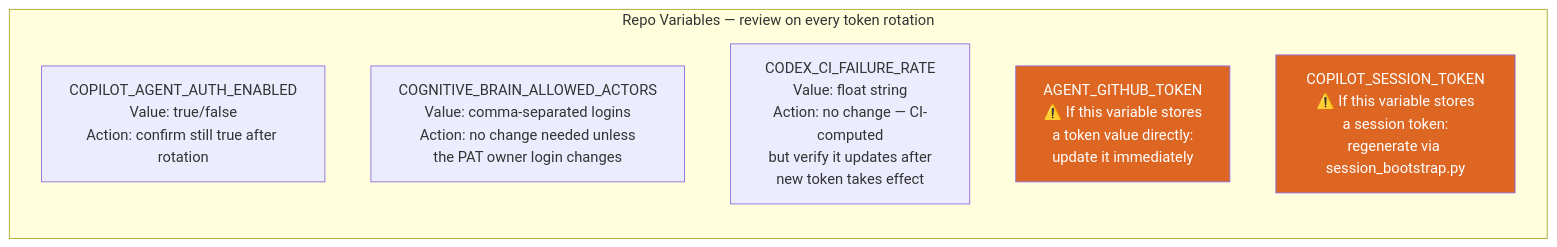
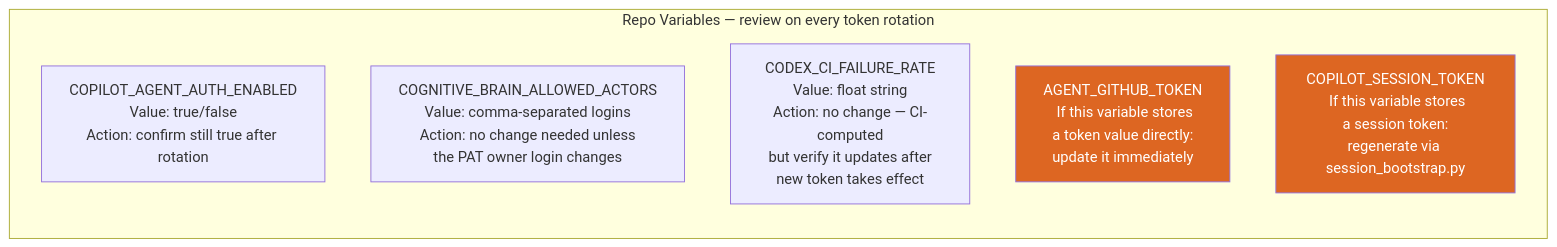
One commit to Aries-Serpent/_codex_ changed the ninth of 19 diagrams in docs/reference/ELEVATED_PRIVILEGES_TOKEN_REVIEW.md. Above: the diagram before and after it, drawn with Mermaid. The commit also changed other lines of this file and 1989 other files, not shown here.

````diff
--- a/docs/reference/ELEVATED_PRIVILEGES_TOKEN_REVIEW.md
+++ b/docs/reference/ELEVATED_PRIVILEGES_TOKEN_REVIEW.md
@@ -918,14 +918,14 @@
 ```mermaid
 %%{init: {'accessibility': {'title': 'Flowchart showing "COPILOT_AGENT_AUTH_ENABLED\nValue: true/false\nAction: confirm still true after rotation", "COGNITIVE_BRAIN_ALLOWED_ACTORS\nValue: comma-separated logins\nAction: no change needed unless\nthe PAT owner login changes"'}}%%
 graph LR
     subgraph "Repo Variables — review on every token rotation"
         V1["COPILOT_AGENT_AUTH_ENABLED\nValue: true/false\nAction: confirm still true after rotation"]
         V2["COGNITIVE_BRAIN_ALLOWED_ACTORS\nValue: comma-separated logins\nAction: no change needed unless\nthe PAT owner login changes"]
         V3["CODEX_CI_FAILURE_RATE\nValue: float string\nAction: no change — CI-computed\nbut verify it updates after\nnew token takes effect"]
-        V4["AGENT_GITHUB_TOKEN\n⚠️ If this variable stores\na token value directly:\nupdate it immediately"]
-        V5["COPILOT_SESSION_TOKEN\n⚠️ If this variable stores\na session token:\nregenerate via session_bootstrap.py"]
+        V4["AGENT_GITHUB_TOKEN\n️ If this variable stores\na token value directly:\nupdate it immediately"]
+        V5["COPILOT_SESSION_TOKEN\n️ If this variable stores\na session token:\nregenerate via session_bootstrap.py"]
     end
 
     style V4 fill:#d62,color:#fff
     style V5 fill:#d62,color:#fff
 ```
````
